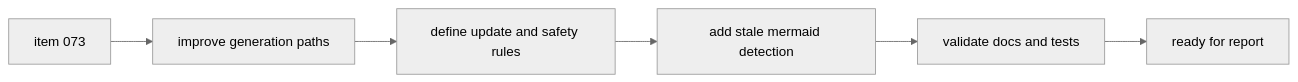
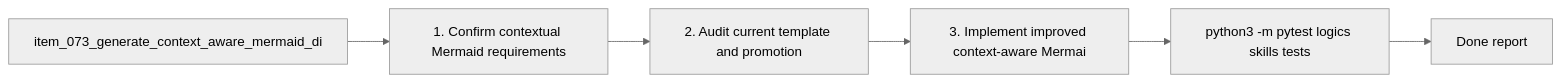
Before and after one commit to AlexAgo83/logics-manager: the diagram in logics/tasks/task_074_orchestration_delivery_for_req_061_context_aware_mermaid_in_logics_docs.md, drawn with Mermaid (neutral theme). The commit also changed other lines of this file and 481 other files, not shown here.

````diff
--- a/logics/tasks/task_074_orchestration_delivery_for_req_061_context_aware_mermaid_in_logics_docs.md
+++ b/logics/tasks/task_074_orchestration_delivery_for_req_061_context_aware_mermaid_in_logics_docs.md
@@ -21,10 +21,10 @@
 ```mermaid
 %% logics-kind: task
 %% logics-signature: task|orchestration-delivery-for-req-061-conte|item-073-generate-context-aware-mermaid-|1-confirm-contextual-mermaid-requirement|python3-m-pytest-logics-skills-tests
 flowchart LR
-    Backlog[item 073] --> Generate[improve generation paths]
-    Generate --> Rules[define update and safety rules]
-    Rules --> Detect[add stale mermaid detection]
-    Detect --> Validate[validate docs and tests]
-    Validate --> Report[ready for report]
+    Backlog[item_073_generate_context_aware_mermaid_di] --> Step1[1. Confirm contextual Mermaid requirements]
+    Step1 --> Step2[2. Audit current template and promotion]
+    Step2 --> Step3[3. Implement improved context-aware Mermai]
+    Step3 --> Validation[python3 -m pytest logics skills tests]
+    Validation --> Report[Done report]
 ```
````
